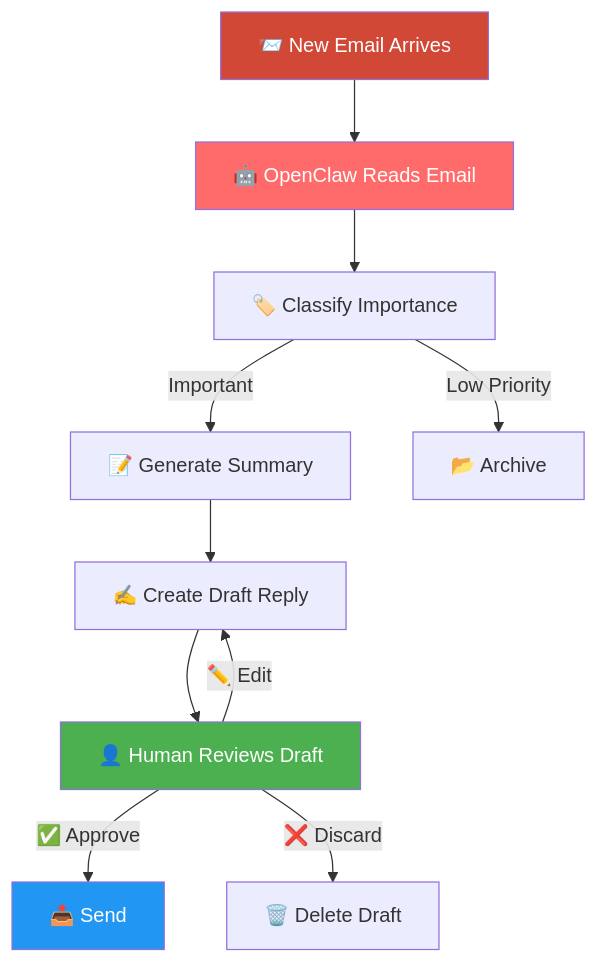
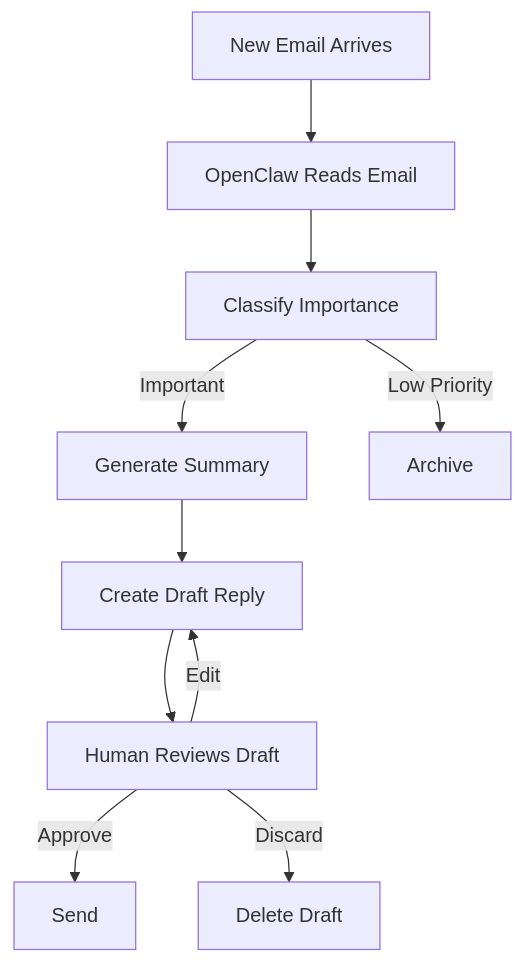
Before and after one commit to Henriepigastric590/colabclaw: the fourth of 5 diagrams in README.md, drawn with Mermaid. The commit also changed other lines of this file and 1 other file, not shown here.

Commit message:
Simplify mermaid diagrams to monochrome for light/dark theme compatibility

````diff
--- a/README.md
+++ b/README.md
@@ -173,17 +160,12 @@
 ```mermaid
 flowchart TD
-    A[📨 New Email Arrives] --> B[🤖 OpenClaw Reads Email]
-    B --> C[🏷️ Classify Importance]
-    C -->|Important| D[📝 Generate Summary]
-    C -->|Low Priority| E[📂 Archive]
-    D --> F[✍️ Create Draft Reply]
-    F --> G[👤 Human Reviews Draft]
-    G -->|✅ Approve| H[📤 Send]
-    G -->|✏️ Edit| F
-    G -->|❌ Discard| I[🗑️ Delete Draft]
-
-    style A fill:#D14836,color:#fff
-    style B fill:#FF6B6B,color:#fff
-    style G fill:#4CAF50,color:#fff
-    style H fill:#2196F3,color:#fff
+    A[New Email Arrives] --> B[OpenClaw Reads Email]
+    B --> C[Classify Importance]
+    C -->|Important| D[Generate Summary]
+    C -->|Low Priority| E[Archive]
+    D --> F[Create Draft Reply]
+    F --> G[Human Reviews Draft]
+    G -->|Approve| H[Send]
+    G -->|Edit| F
+    G -->|Discard| I[Delete Draft]
 ```
````
